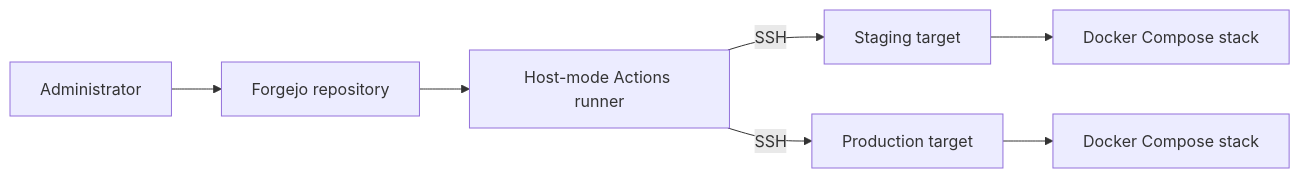
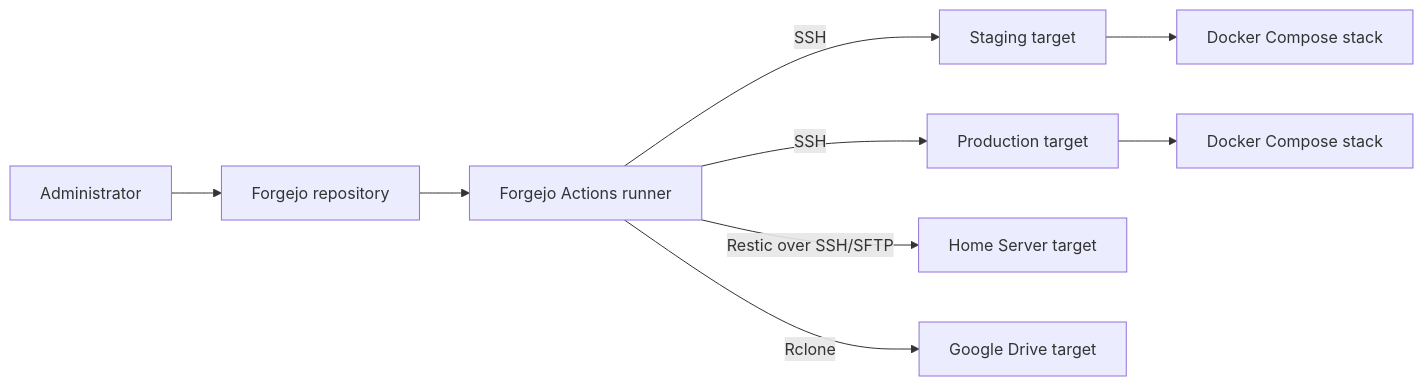
One commit to yongxinL/servicehub changed the diagram in docs/architecture/SYSTEM-CONTEXT.md. Above: the diagram before and after it, drawn with Mermaid. The commit also changed other lines of this file and 19 other files, not shown here.

First line of the commit message:
feat(backup): configure ADR-007 dual-target transfers on the shared runner

````diff
--- a/docs/architecture/SYSTEM-CONTEXT.md
+++ b/docs/architecture/SYSTEM-CONTEXT.md
@@ -56,9 +57,11 @@
 ```mermaid
 flowchart LR
     Admin[Administrator] --> Forgejo[Forgejo repository]
-    Forgejo --> Runner[Host-mode Actions runner]
+    Forgejo --> Runner[Forgejo Actions runner]
     Runner -->|SSH| Stag[Staging target]
     Runner -->|SSH| Prod[Production target]
+    Runner -->|Restic over SSH/SFTP| Home[Home Server target]
+    Runner -->|Rclone| Drive[Google Drive target]
     Stag --> DockerStag[Docker Compose stack]
     Prod --> DockerProd[Docker Compose stack]
 ```
````
